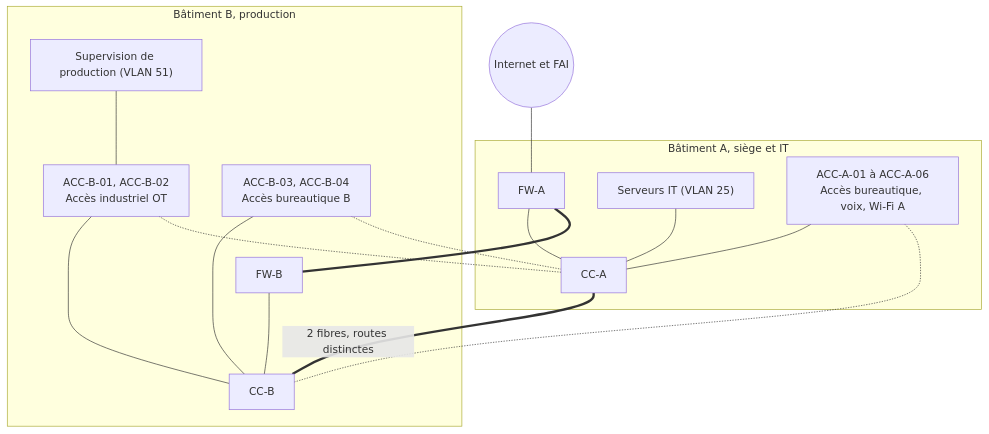
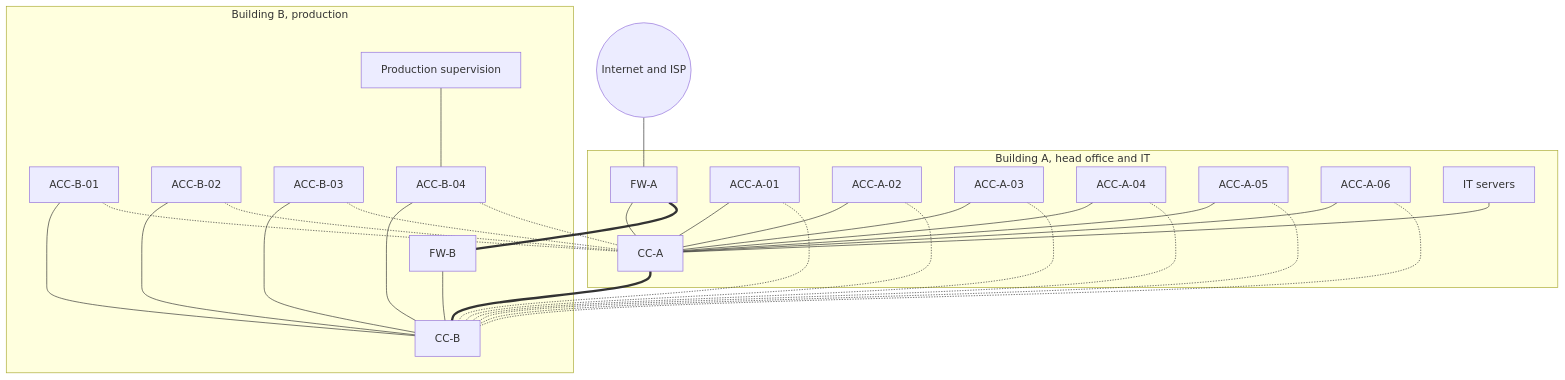
One commit to DENVERMAXPLAY/Atlas-Industrie changed the diagram in docs/schemas/campus-logique.mmd. Above: the diagram before and after it, drawn with Mermaid.

Commit message:
Schema changement

```diff
--- a/docs/schemas/campus-logique.mmd
+++ b/docs/schemas/campus-logique.mmd
@@ -1,33 +1,49 @@
 graph TB
-  INET((Internet et FAI))
-
-  subgraph SA ["Bâtiment A, siège et IT"]
-    FWA[FW-A]
-    CCA[CC-A]
-    SRV["Serveurs IT (VLAN 25)"]
-    ACCA["ACC-A-01 à ACC-A-06<br/>Accès bureautique, voix, Wi-Fi A"]
+  INET((Internet and ISP))
+  subgraph BatA [Building A, head office and IT]
+    FW_A[FW-A]
+    CC_A[CC-A]
+    ACC_A_01[ACC-A-01]
+    ACC_A_02[ACC-A-02]
+    ACC_A_03[ACC-A-03]
+    ACC_A_04[ACC-A-04]
+    ACC_A_05[ACC-A-05]
+    ACC_A_06[ACC-A-06]
+    SRVA[IT servers]
   end
-
-  subgraph SB ["Bâtiment B, production"]
-    FWB[FW-B]
-    CCB[CC-B]
-    SUP["Supervision de production (VLAN 51)"]
-    ACCOT["ACC-B-01, ACC-B-02<br/>Accès industriel OT"]
-    ACCBB["ACC-B-03, ACC-B-04<br/>Accès bureautique B"]
+  subgraph BatB [Building B, production]
+    FW_B[FW-B]
+    CC_B[CC-B]
+    ACC_B_01[ACC-B-01]
+    ACC_B_02[ACC-B-02]
+    ACC_B_03[ACC-B-03]
+    ACC_B_04[ACC-B-04]
+    SCADA[Production supervision]
   end
-
-  INET --- FWA
-  FWA --- CCA
-  SRV --- CCA
-  ACCA --- CCA
-  ACCA -.- CCB
-
-  CCA ===|2 fibres, routes distinctes| CCB
-  FWA === FWB
-
-  FWB --- CCB
-  SUP --- ACCOT
-  ACCOT --- CCB
-  ACCOT -.- CCA
-  ACCBB --- CCB
-  ACCBB -.- CCA
+  INET --- FW_A
+  FW_A --- CC_A
+  FW_B --- CC_B
+  FW_A === FW_B
+  CC_A === CC_B
+  SRVA --- CC_A
+  ACC_A_01 --- CC_A
+  ACC_A_02 --- CC_A
+  ACC_A_03 --- CC_A
+  ACC_A_04 --- CC_A
+  ACC_A_05 --- CC_A
+  ACC_A_06 --- CC_A
+  ACC_A_01 -.- CC_B
+  ACC_A_02 -.- CC_B
+  ACC_A_03 -.- CC_B
+  ACC_A_04 -.- CC_B
+  ACC_A_05 -.- CC_B
+  ACC_A_06 -.- CC_B
+  ACC_B_01 --- CC_B
+  ACC_B_02 --- CC_B
+  ACC_B_03 --- CC_B
+  ACC_B_04 --- CC_B
+  ACC_B_01 -.- CC_A
+  ACC_B_02 -.- CC_A
+  ACC_B_03 -.- CC_A
+  ACC_B_04 -.- CC_A
+  SCADA --- ACC_B_04
```
